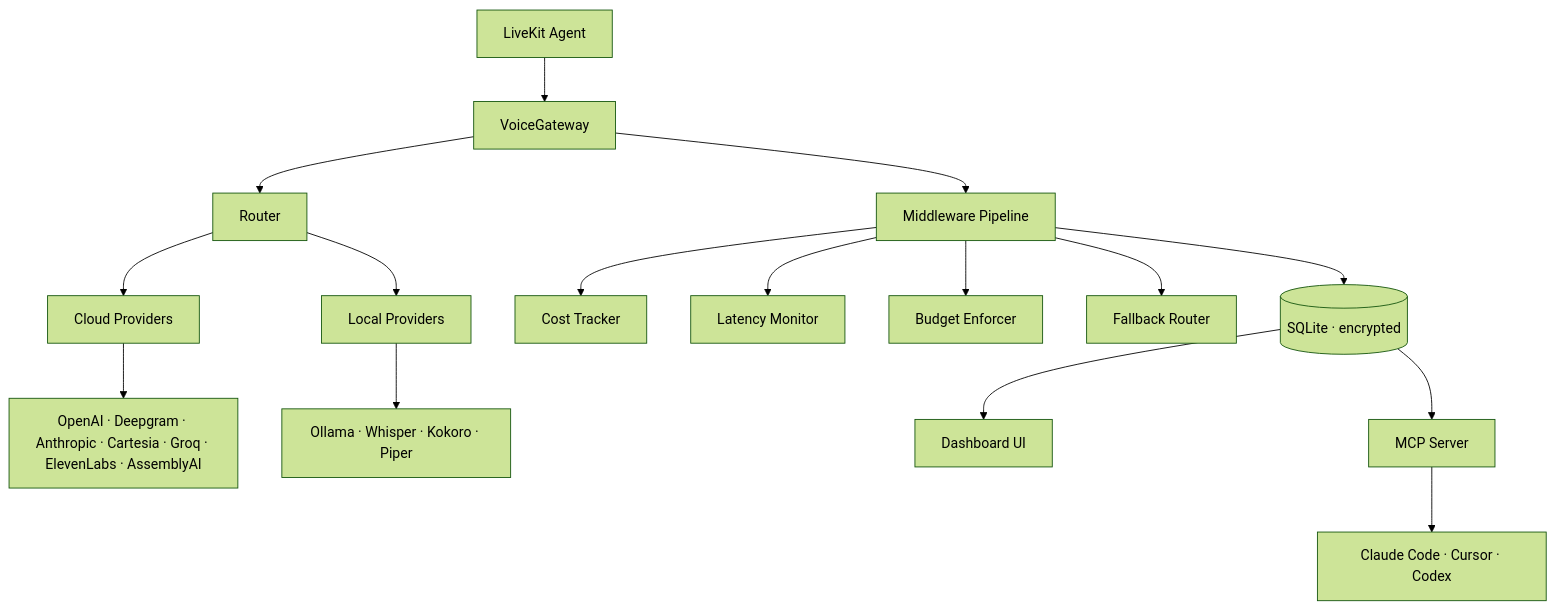
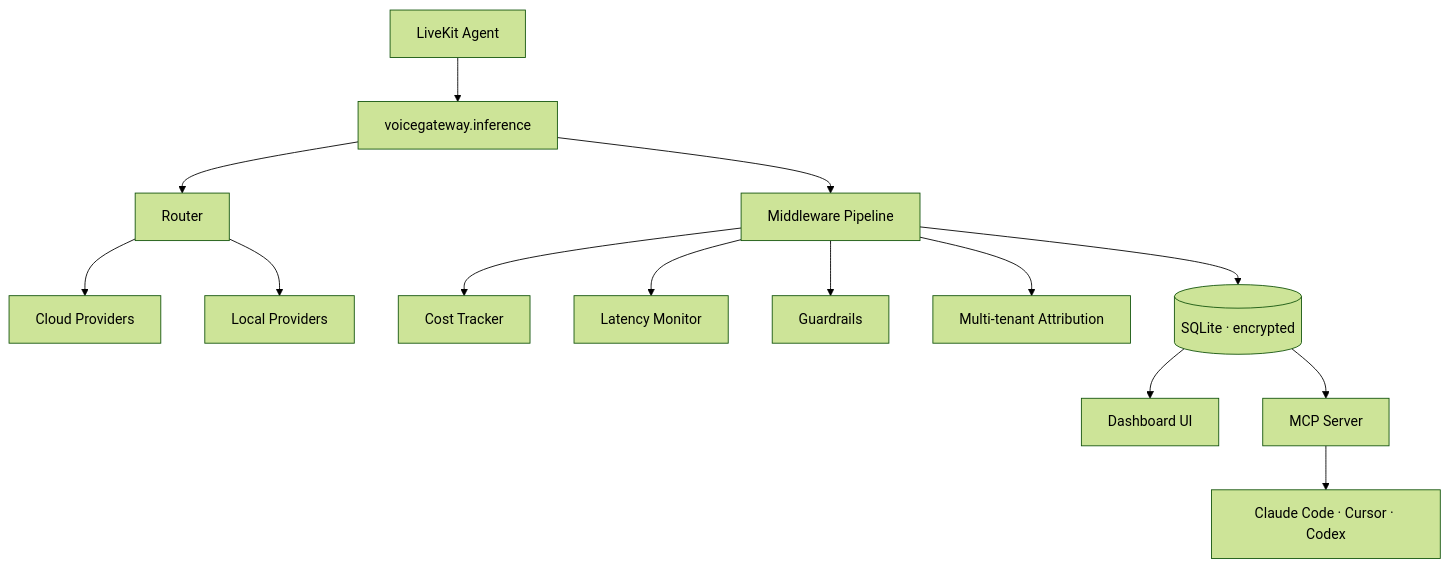
One commit to mahimailabs/voicegateway changed the diagram in README.md. Above: the diagram before and after it, drawn with Mermaid (forest theme). The commit also changed other lines of this file and 1 other file, not shown here.

````diff
--- a/README.md
+++ b/README.md
@@ -386,18 +142,16 @@
 ```mermaid
 flowchart TB
-    A[LiveKit Agent] --> B[VoiceGateway]
+    A[LiveKit Agent] --> B[voicegateway.inference]
     B --> C[Router]
     C --> D[Cloud Providers]
     C --> E[Local Providers]
-    D --> D1[OpenAI · Deepgram · Anthropic · Cartesia · Groq · ElevenLabs · AssemblyAI]
-    E --> E1[Ollama · Whisper · Kokoro · Piper]
     B --> F[Middleware Pipeline]
     F --> F1[Cost Tracker]
     F --> F2[Latency Monitor]
-    F --> F3[Budget Enforcer]
-    F --> F4[Fallback Router]
+    F --> F3[Guardrails]
+    F --> F4[Multi-tenant Attribution]
     F --> G[(SQLite · encrypted)]
     G --> H[Dashboard UI]
     G --> I[MCP Server]
     I --> J[Claude Code · Cursor · Codex]
 ```
````
